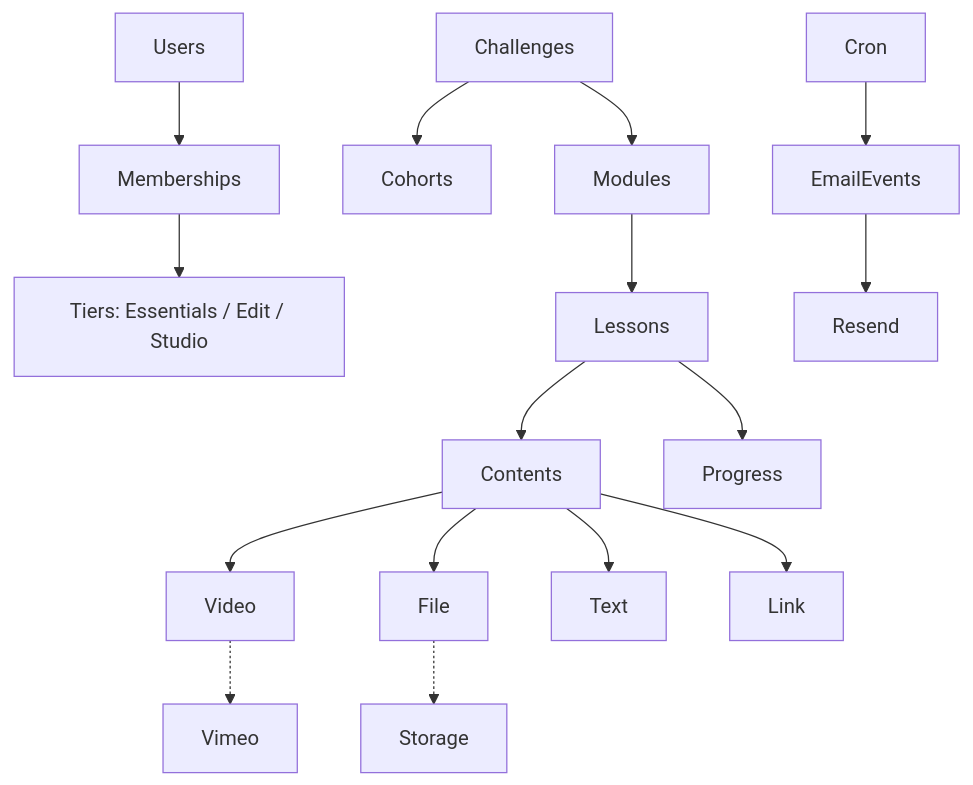
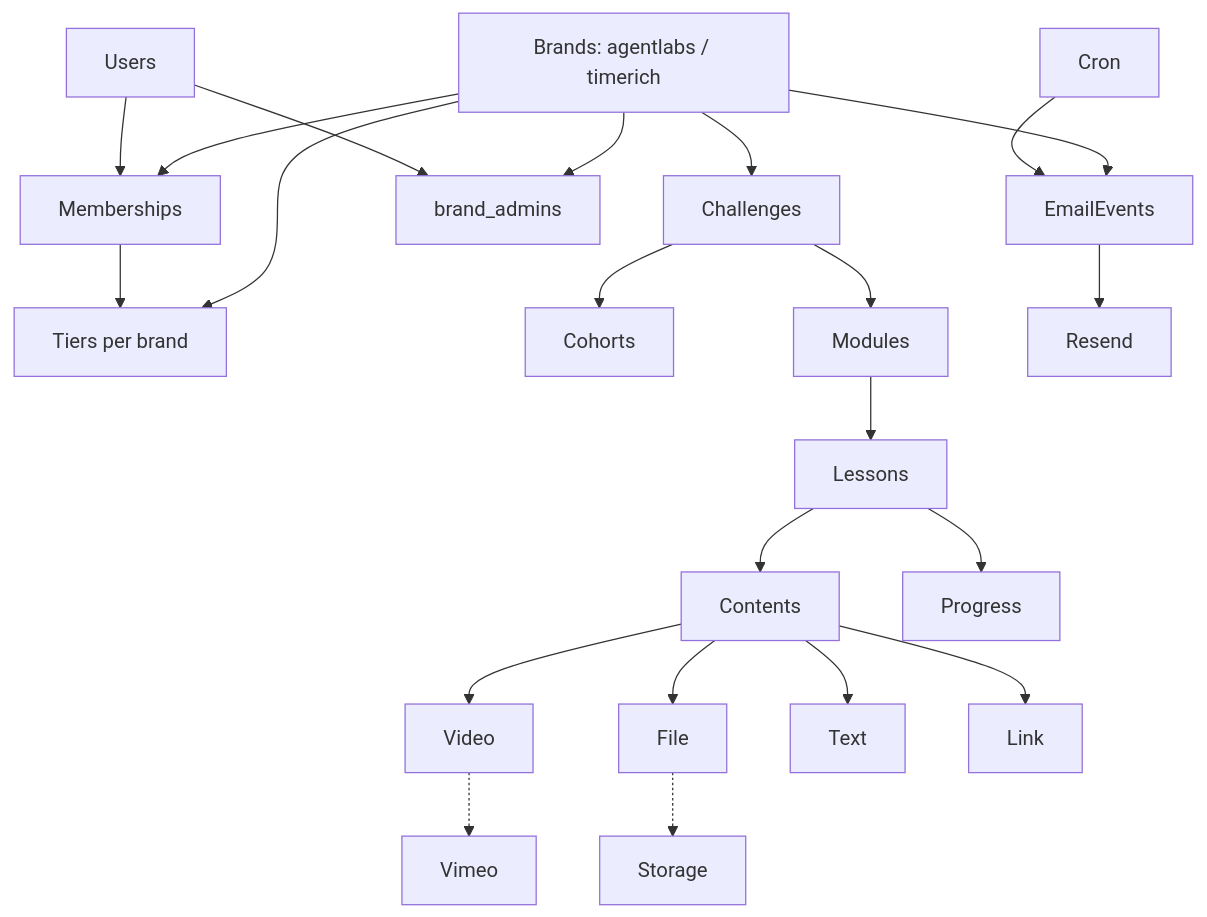
The second of 3 diagrams in docs/architecture.md (angeldavid218/learning-hub), drawn with Mermaid before and after one commit. The commit also changed other lines of this file and 5 other files, not shown here.

````diff
--- a/docs/architecture.md
+++ b/docs/architecture.md
@@ -45,15 +61,22 @@
 ```mermaid
 flowchart TB
-  Users --> Memberships --> Tiers["Tiers: Essentials / Edit / Studio"]
+  Brands["Brands: agentlabs / timerich"]
+  Brands --> Memberships
+  Brands --> Tiers["Tiers per brand"]
+  Brands --> Challenges
+  Brands --> BrandAdmins["brand_admins"]
+  Brands --> EmailEvents
+  Users --> Memberships --> Tiers
+  Users --> BrandAdmins
   Challenges --> Cohorts
   Challenges --> Modules --> Lessons
   Lessons --> Contents
   Lessons --> Progress
   Contents --> Video
   Contents --> File
   Contents --> Text
   Contents --> Link
   Video -.-> Vimeo
   File -.-> Storage
   Cron --> EmailEvents --> Resend
 ```
````
